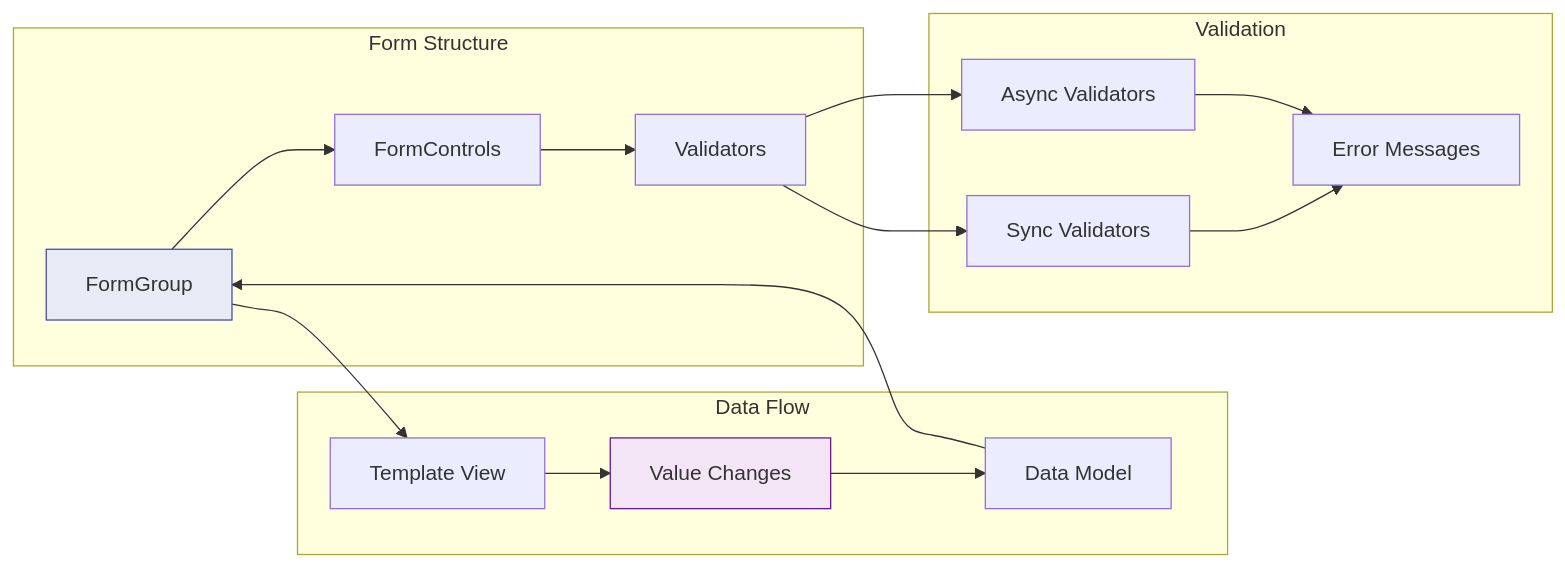
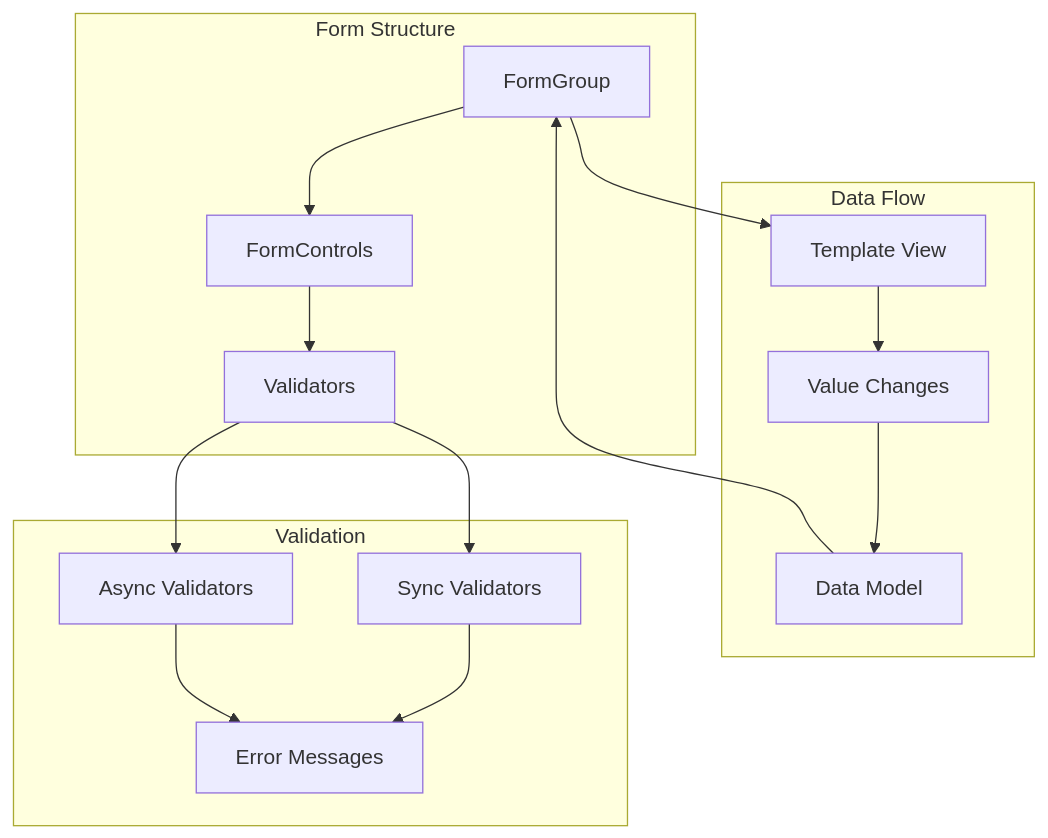
One commit to o2alexanderfedin/angular-cas-disot changed diagram 12 of 13 in docs/architecture/component-architecture.md. Above: the diagram before and after it, drawn with Mermaid. The commit also changed other lines of this file and 18 other files, not shown here.

````diff
--- a/docs/architecture/component-architecture.md
+++ b/docs/architecture/component-architecture.md
@@ -380,36 +377,36 @@
 ```mermaid
-graph LR
+graph TD
     subgraph "Form Structure"
         FORM[FormGroup]
         CONTROLS[FormControls]
         VALIDATORS[Validators]
     end
     
     subgraph "Data Flow"
         MODEL[Data Model]
         VIEW[Template View]
         STREAM[Value Changes]
     end
     
     subgraph "Validation"
         SYNC[Sync Validators]
         ASYNC[Async Validators]
         ERRORS[Error Messages]
     end
     
     FORM --> CONTROLS
     CONTROLS --> VALIDATORS
     
     MODEL --> FORM
     FORM --> VIEW
     VIEW --> STREAM
     STREAM --> MODEL
     
     VALIDATORS --> SYNC
     VALIDATORS --> ASYNC
     SYNC --> ERRORS
     ASYNC --> ERRORS
     
-    style FORM fill:#e8eaf6,stroke:#3f51b5
-    style STREAM fill:#f3e5f5,stroke:#6a1b9a
+    
+    
 ```
````
